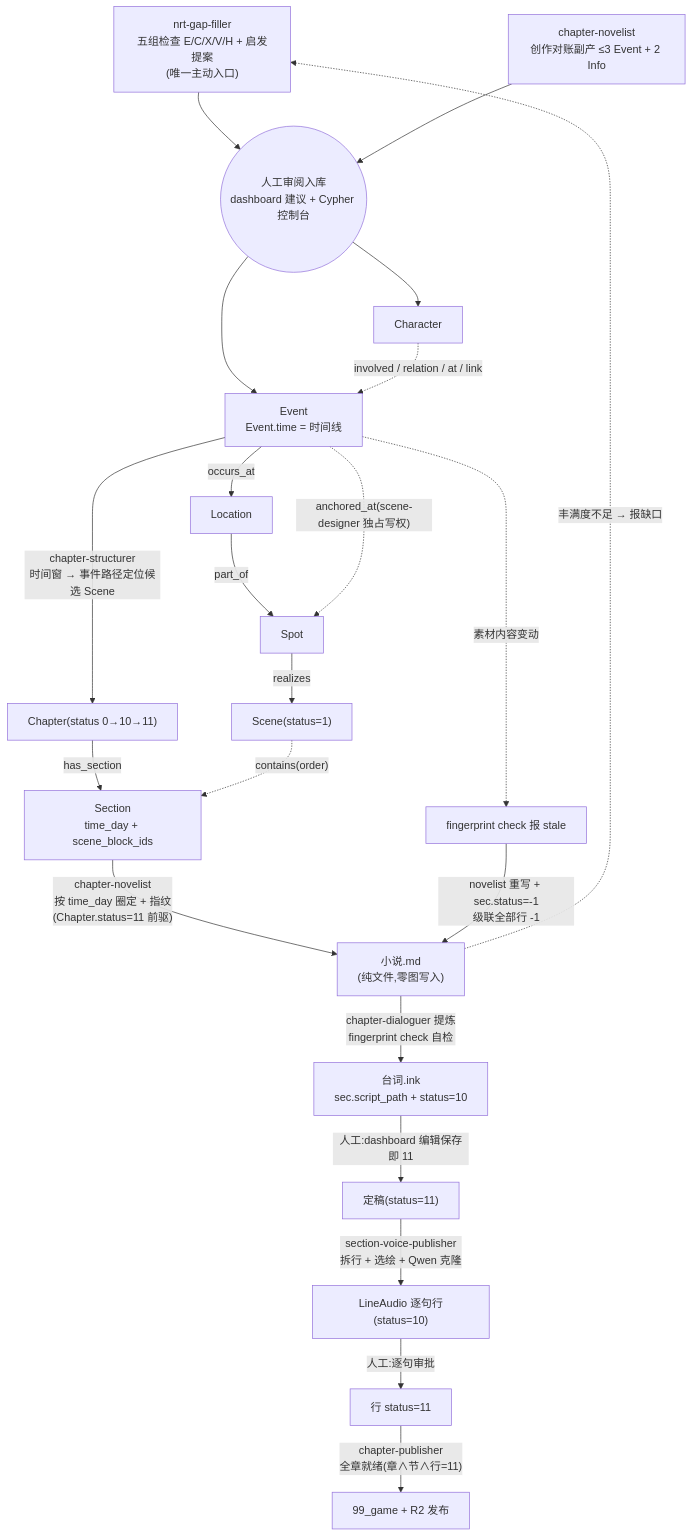
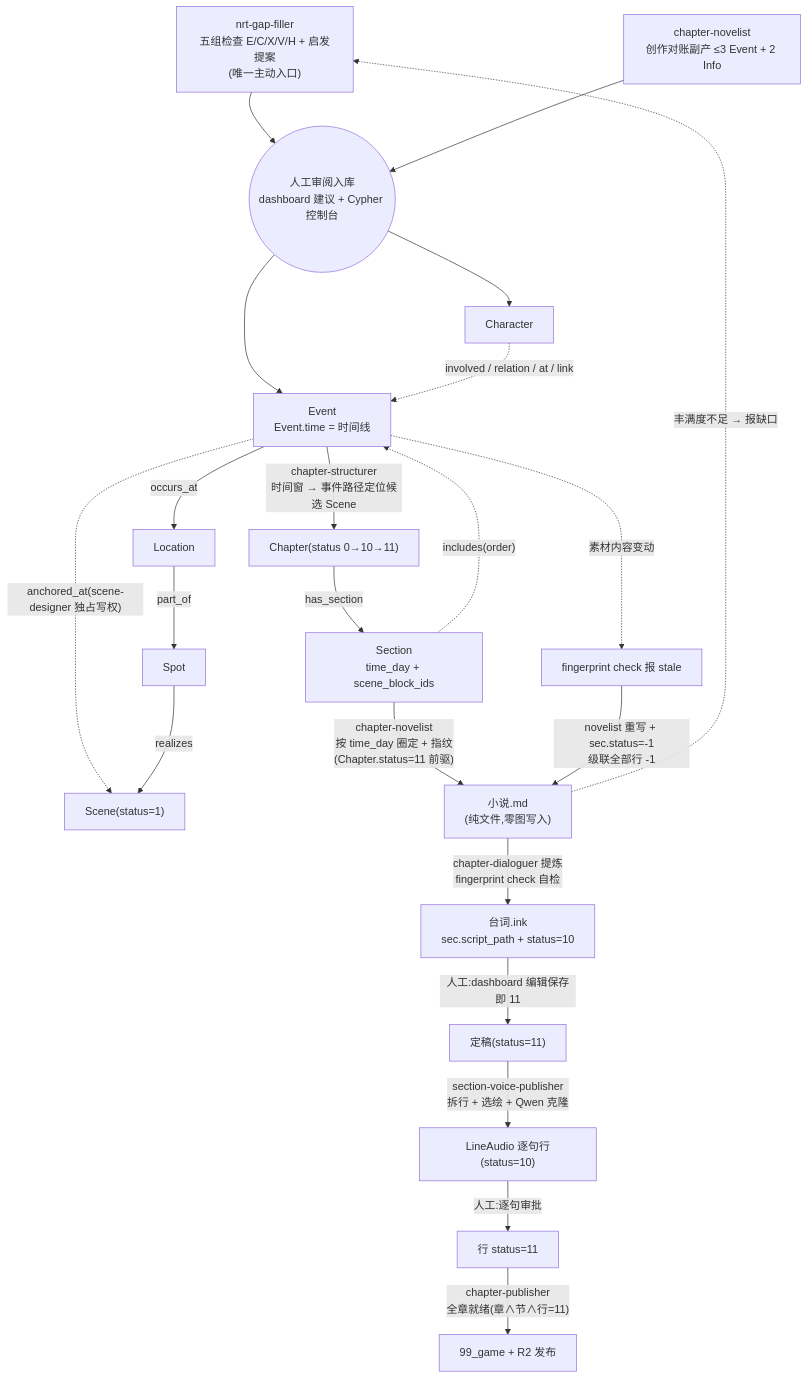
Before and after one commit to CrazyJinn/ProxyLove: the first of 4 diagrams in demo/叙事生产消费流程.md, drawn with Mermaid. The commit also changed other lines of this file and 26 other files, not shown here.

First line of the commit message:
Event 驱动化改造：图模型重构与全消费方切换

````diff
--- a/demo/叙事生产消费流程.md
+++ b/demo/叙事生产消费流程.md
@@ -9,38 +9,38 @@
 ```mermaid
 flowchart TD
     %% ── 生产层:全部收敛到「建议 JSON → 人工审阅入库」──
     GAP["nrt-gap-filler<br/>五组检查 E/C/X/V/H + 启发提案<br/>(唯一主动入口)"]
     NVS["chapter-novelist<br/>创作对账副产 ≤3 Event + 2 Info"]
     AUD(("人工审阅入库<br/>dashboard 建议 + Cypher 控制台"))
     GAP --> AUD
     NVS --> AUD
 
     %% ── 图数据 ──
     AUD --> CH["Character"]
     AUD --> EV["Event<br/>Event.time = 时间线"]
     CH -. "involved / relation / at / link" .-> EV
 
     %% ── 场景化(scene-designer)──
     EV -- "occurs_at" --> LOC["Location"]
     LOC -- "part_of" --> SP["Spot"]
-    EV -. "anchored_at(scene-designer 独占写权)" .-> SP
+    EV -. "anchored_at(scene-designer 独占写权)" .-> SC
     SP -- "realizes" --> SC["Scene(status=1)"]
 
     %% ── 建章(structurer)──
     EV -->|"chapter-structurer<br/>时间窗 → 事件路径定位候选 Scene"| CHN["Chapter(status 0→10→11)"]
     CHN -- "has_section" --> SEC["Section<br/>time_day + scene_block_ids"]
-    SC -. "contains(order)" .-> SEC
+    SEC -. "includes(order)" .-> EV
 
     %% ── 节级创作链 ──
     SEC -->|"chapter-novelist<br/>按 time_day 圈定 + 指纹<br/>(Chapter.status=11 前驱)"| NOVEL["小说.md<br/>(纯文件,零图写入)"]
     NOVEL -->|"chapter-dialoguer 提炼<br/>fingerprint check 自检"| INK["台词.ink<br/>sec.script_path + status=10"]
     INK -->|"人工:dashboard 编辑保存即 11"| INK2["定稿(status=11)"]
     INK2 -->|"section-voice-publisher<br/>拆行 + 选绘 + Qwen 克隆"| LA["LineAudio 逐句行(status=10)"]
     LA -->|"人工:逐句审批"| LA11["行 status=11"]
     LA11 -->|"chapter-publisher<br/>全章就绪(章∧节∧行=11)"| GAME["99_game + R2 发布"]
 
     %% ── 变更回环 ──
     EV -. "素材内容变动" .-> FP["fingerprint check 报 stale"]
     FP -->|"novelist 重写 + sec.status=-1<br/>级联全部行 -1"| NOVEL
     NOVEL -. "丰满度不足 → 报缺口" .-> GAP
 ```
````
